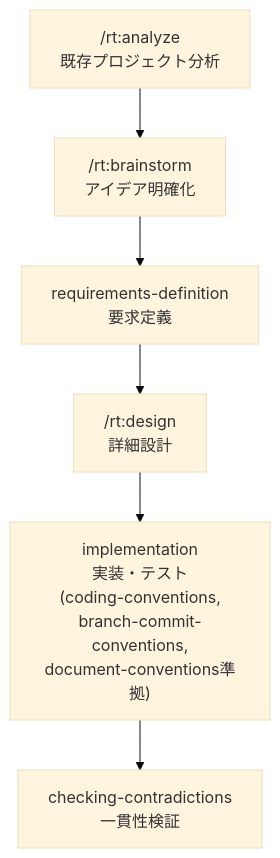
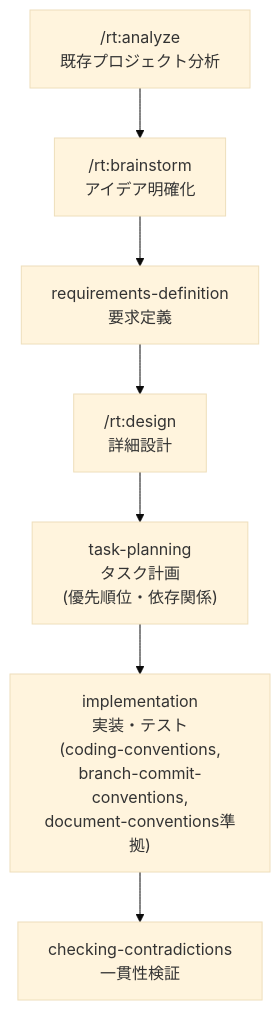
One commit to RevTechStudio/PluginMarketplace changed the diagram in README.md. Above: the diagram before and after it, drawn with Mermaid (base theme). The commit also changed other lines of this file and 5 other files, not shown here.

First line of the commit message:
refactor: Split implementation skill into task-planning and implementation skills

````diff
--- a/README.md
+++ b/README.md
@@ -64,8 +65,9 @@
 ```mermaid
 graph TD
     A["/rt:analyze<br/>既存プロジェクト分析"] --> B["/rt:brainstorm<br/>アイデア明確化"]
     B --> C["requirements-definition<br/>要求定義"]
     C --> D["/rt:design<br/>詳細設計"]
-    D --> E["implementation<br/>実装・テスト<br/>(coding-conventions,<br/>branch-commit-conventions,<br/>document-conventions準拠)"]
-    E --> F["checking-contradictions<br/>一貫性検証"]
+    D --> E["task-planning<br/>タスク計画<br/>(優先順位・依存関係)"]
+    E --> F["implementation<br/>実装・テスト<br/>(coding-conventions,<br/>branch-commit-conventions,<br/>document-conventions準拠)"]
+    F --> G["checking-contradictions<br/>一貫性検証"]
 ```
````
